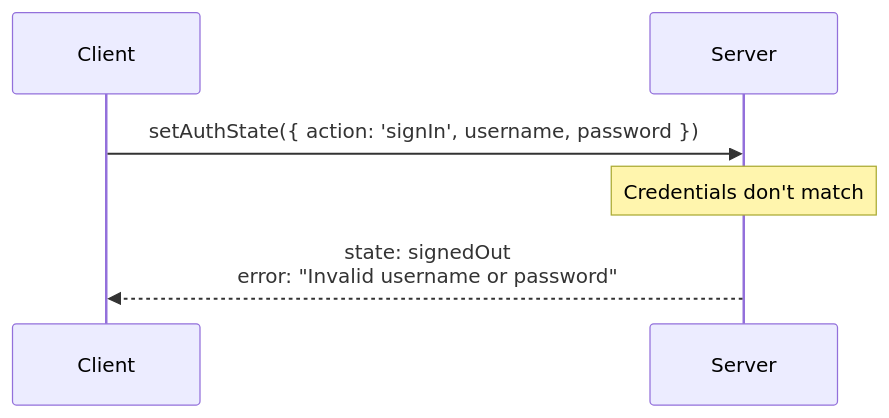
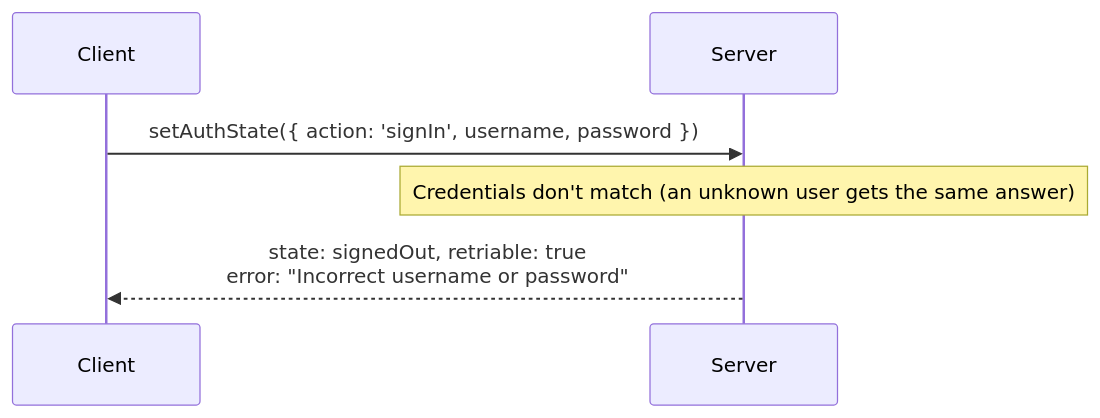
The third of 7 diagrams in packages/auth-common/DESIGN.md (aws-devtools-labs/aws-blocks), drawn with Mermaid before and after one commit. The commit also changed other lines of this file and 36 other files, not shown here.

````diff
--- a/packages/auth-common/DESIGN.md
+++ b/packages/auth-common/DESIGN.md
@@ -83,9 +83,9 @@
 ```mermaid
 sequenceDiagram
 	participant C as Client
 	participant S as Server
 
 	C->>S: setAuthState({ action: 'signIn', username, password })
-	Note over S: Credentials don't match
-	S-->>C: state: signedOut<br/>error: "Invalid username or password"
+	Note over S: Credentials don't match (an unknown user gets the same answer)
+	S-->>C: state: signedOut, retriable: true<br/>error: "Incorrect username or password"
 ```
````
